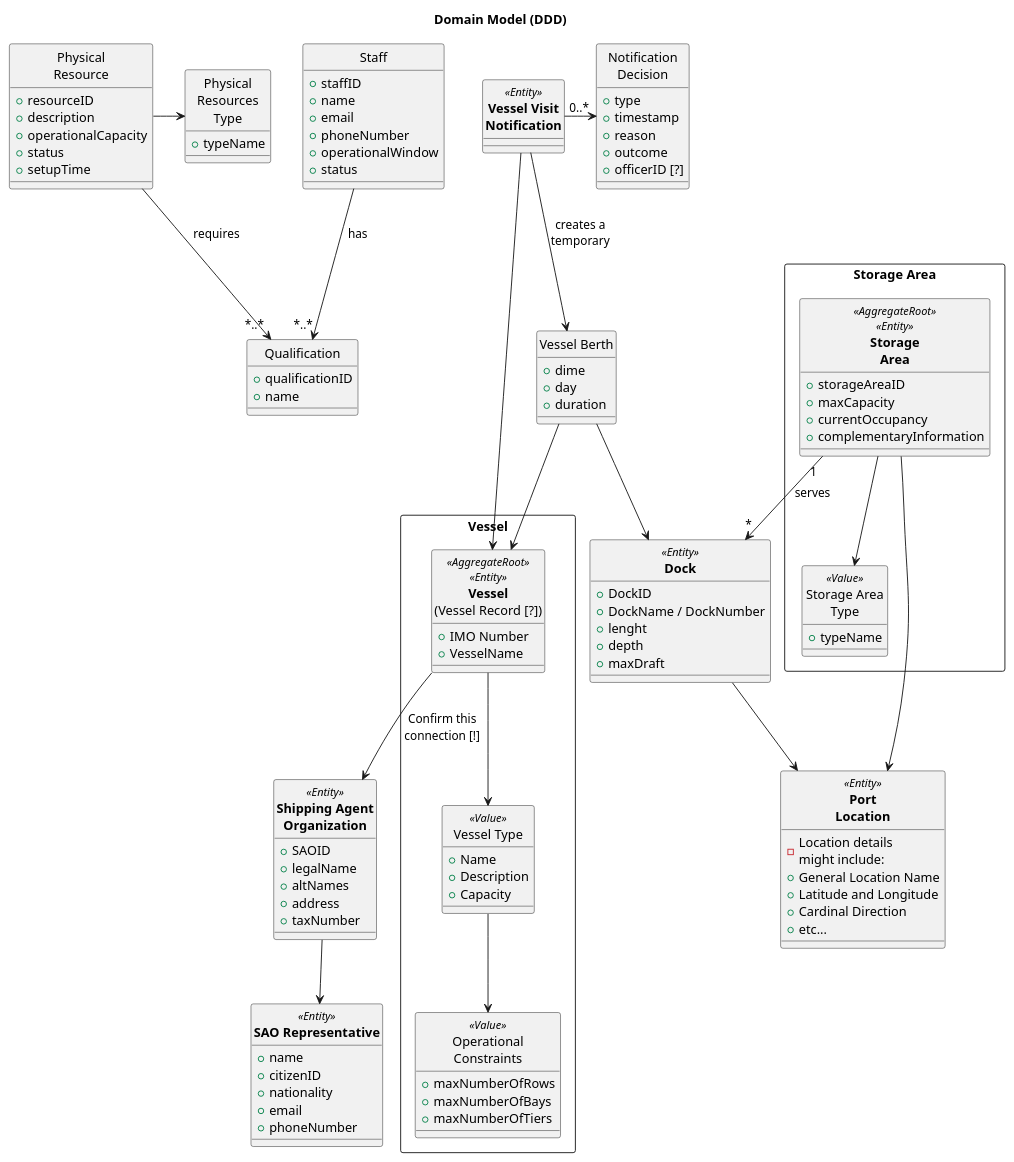
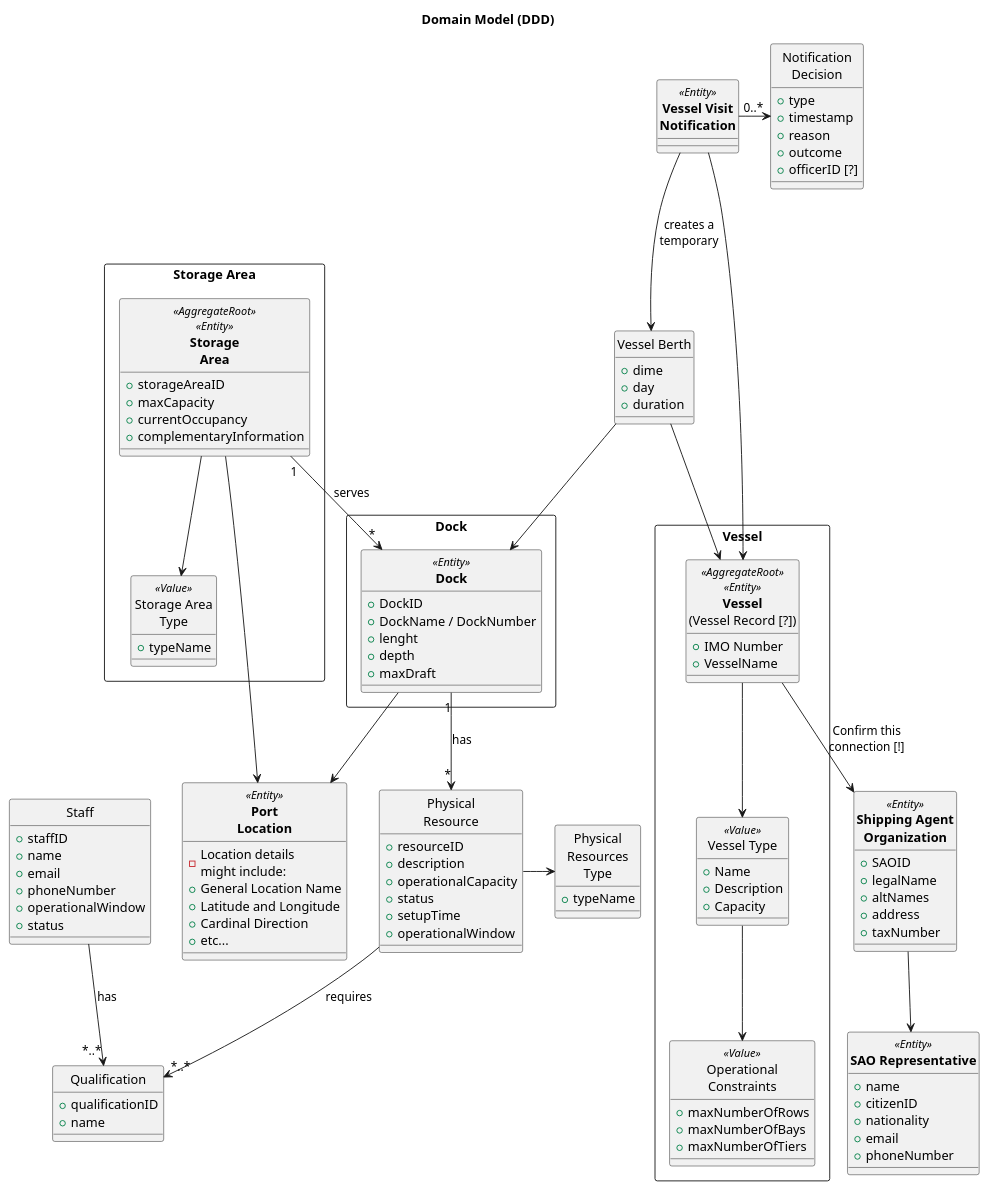
One commit to BernasDzn/portit changed the diagram in docs/sprint_1/global_artifacts/domain/domain_model.puml. Above: the diagram before and after it, drawn with PlantUML.

Commit message:
docs(domain): add missing relation and concept between dock and physical resource
refs: #24

```diff
--- a/docs/sprint_1/global_artifacts/domain/domain_model.puml
+++ b/docs/sprint_1/global_artifacts/domain/domain_model.puml
@@ -1,146 +1,155 @@
 @startuml domain_model
 title Domain Model (DDD)
 hide circle
 
 rectangle "Vessel" {
 	class "**Vessel**\n(Vessel Record [?])" as vessel <<AggregateRoot>><<Entity>>
 	{
 		+ IMO Number
 		+ VesselName
 	}
 
 	class "Vessel Type" as vessel_type <<Value>>
 	{
 		+ Name
 		+ Description
 		+ Capacity
 	}
 
 	class "Operational\nConstraints" as op_constraints <<Value>>
 	{
 		+ maxNumberOfRows
 		+ maxNumberOfBays
 		+ maxNumberOfTiers
 	}
 
 	vessel --> vessel_type
 	vessel_type --> op_constraints
 }
 
-class "**Dock**" as dock <<Entity>>
+class "Physical\nResource" as phys_res
 {
-	+ DockID
-	+ DockName / DockNumber
-	+ lenght
-	+ depth
-	+ maxDraft
+	+ resourceID
+	+ description
+	+ operationalCapacity
+	+ status
+	+ setupTime
+	+ operationalWindow
+}
+
+class "Physical\nResources\nType" as phys_res_type
+{
+	+ typeName
+}
+
+class "Qualification" as quali
+{
+	+ qualificationID
+	+ name
+}
+
+class "Staff" as staff
+{
+	+ staffID
+	+ name
+	+ email
+	+ phoneNumber
+	+ operationalWindow
+	+ status
+}
+
+rectangle "Dock" {
+	class "**Dock**" as dock <<Entity>>
+	{
+		+ DockID
+		+ DockName / DockNumber
+		+ lenght
+		+ depth
+		+ maxDraft
+	}
+
+	dock "1" --> "*" phys_res : "has"
 }
 
 class "**Port**\n**Location**" as port_loc <<Entity>>
 {
 	- Location details \nmight include:
 	+ General Location Name
 	+ Latitude and Longitude
 	+ Cardinal Direction
 	+ etc...
 }
 
 rectangle "Storage Area"{
 	
 	class "**Storage**\n**Area**" as storage_area <<AggregateRoot>><<Entity>>
 	{
 		+ storageAreaID
 		+ maxCapacity
 		+ currentOccupancy
 		+ complementaryInformation
 	}
 
 	class "Storage Area\nType" as storage_area_type <<Value>>{
 		+ typeName
 	}
 
 	storage_area --> storage_area_type
 	storage_area --> port_loc
 	storage_area "1" --> "*" dock : "serves"
 }
 
 class "**Shipping Agent**\n**Organization**" as SAO <<Entity>>
 {
 	+ SAOID
 	+ legalName
 	+ altNames
 	+ address
 	+ taxNumber
 }
 
 class "**SAO Representative**" as SAO_rep <<Entity>>
 {
 	+ name
 	+ citizenID
 	+ nationality
 	+ email
 	+ phoneNumber
 }
 
 class "**Vessel Visit**\n**Notification**" as vesel_visit_notif <<Entity>>
 {
 }
 
 class "Vessel Berth" as vessel_berth
 {
 	+ dime
 	+ day
 	+ duration
 }
 
 class "Notification\nDecision" as notif_dec
 {
 	+ type
 	+ timestamp
 	+ reason
 	+ outcome
 	+ officerID [?]
 }
 
-class "Physical\nResource" as phys_res{
-	+ resourceID
-	+ description
-	+ operationalCapacity
-	+ status
-	+ setupTime
-}
-
-class "Physical\nResources\nType" as phys_res_type{
-	+ typeName
-}
-
-class "Qualification" as quali{
-	+ qualificationID
-	+ name
-}
-
-class "Staff" as staff{
-	+ staffID
-	+ name
-	+ email
-	+ phoneNumber
-	+ operationalWindow
-	+ status
-}
-
 phys_res -> phys_res_type
 phys_res --> "*..*" quali : "requires"
 staff --> "*..*" quali : "has"
 
 vesel_visit_notif -> "0..*" notif_dec
 vesel_visit_notif --> vessel_berth : "creates a\ntemporary"
 vesel_visit_notif ---> vessel
 vessel_berth --> vessel
 vessel_berth --> dock
 
 
 vessel --> SAO : "Confirm this\nconnection [!]"
 dock --> port_loc
 SAO --> SAO_rep
 
 @enduml
```
